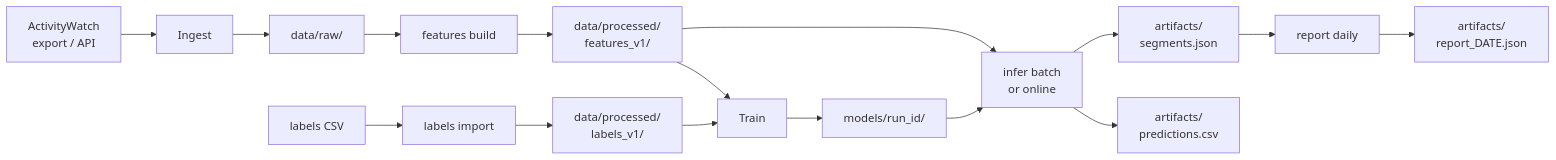
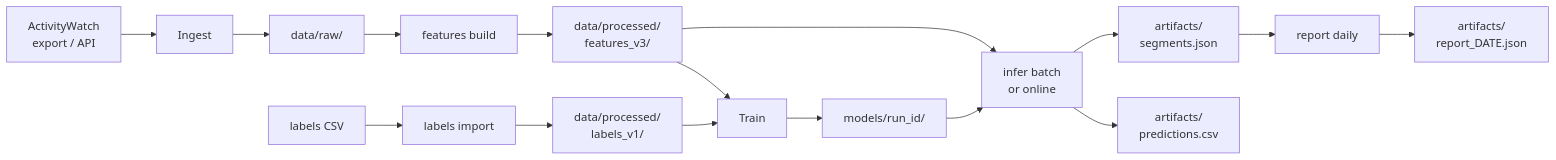
Before and after one commit to fruitiecutiepie/taskclf: the diagram in docs/guide/usage.md, drawn with Mermaid. The commit also changed other lines of this file and 53 other files, not shown here.

````diff
--- a/docs/guide/usage.md
+++ b/docs/guide/usage.md
@@ -113,18 +113,18 @@
 ```mermaid
 flowchart LR
     AW["ActivityWatch\nexport / API"] --> Ingest
     Ingest --> RawEvents["data/raw/"]
     RawEvents --> Features["features build"]
-    Features --> FeaturesDir["data/processed/\nfeatures_v1/"]
+    Features --> FeaturesDir["data/processed/\nfeatures_v3/"]
     LabelsCSV["labels CSV"] --> LabelsImport["labels import"]
     LabelsImport --> LabelsDir["data/processed/\nlabels_v1/"]
     FeaturesDir --> Train
     LabelsDir --> Train
     Train --> ModelBundle["models/run_id/"]
     ModelBundle --> Infer["infer batch\nor online"]
     FeaturesDir --> Infer
     Infer --> Predictions["artifacts/\npredictions.csv"]
     Infer --> Segments["artifacts/\nsegments.json"]
     Segments --> Report["report daily"]
     Report --> ReportFile["artifacts/\nreport_DATE.json"]
 ```
````
